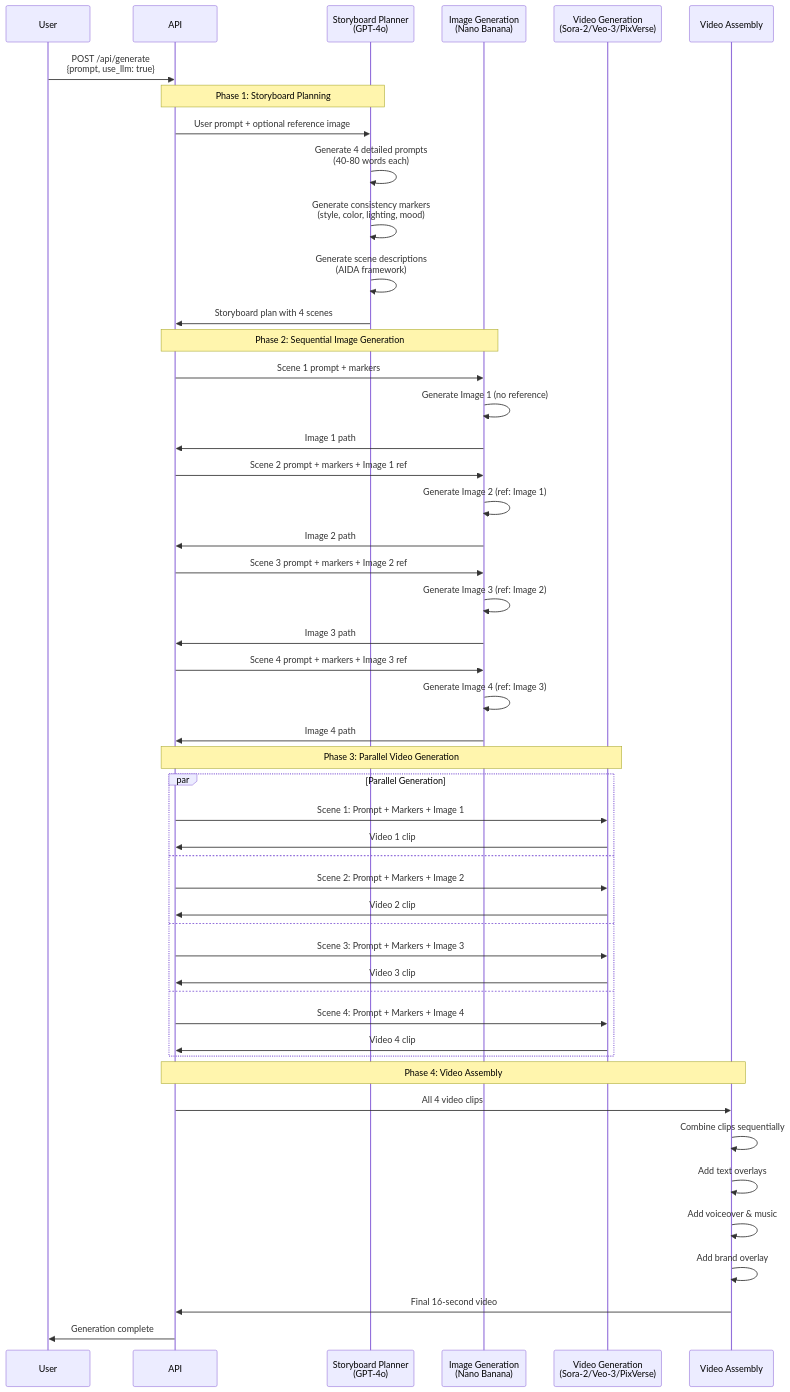
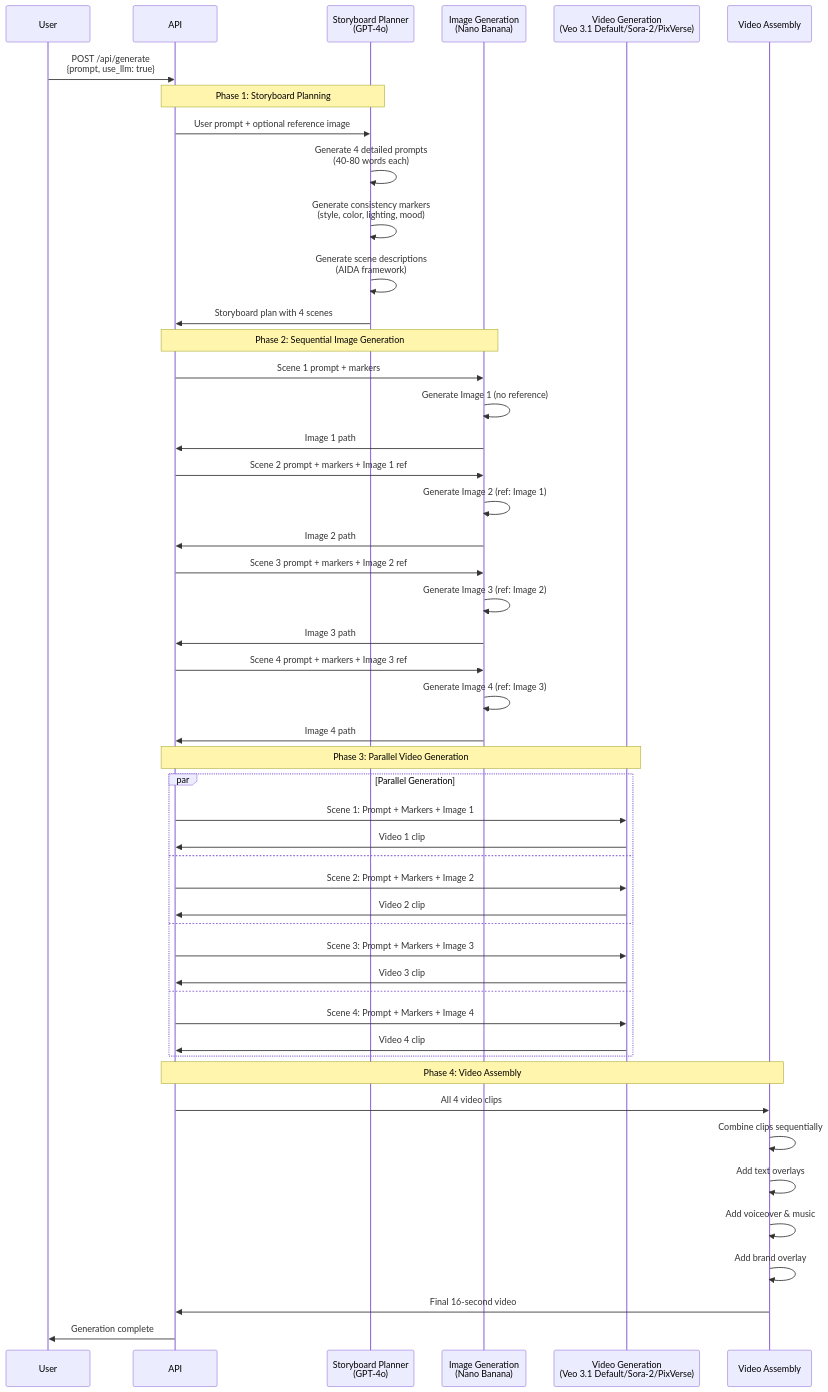
One commit to atharva-sardar02/ad-mint-ai changed the second of 5 diagrams in llm-enhancer-atharva/workflow-diagram.md. Above: the diagram before and after it, drawn with Mermaid. The commit also changed other lines of this file and 158 other files, not shown here.

````diff
--- a/llm-enhancer-atharva/workflow-diagram.md
+++ b/llm-enhancer-atharva/workflow-diagram.md
@@ -66,59 +67,59 @@
 ```mermaid
 sequenceDiagram
     participant User
     participant API
     participant StoryboardPlanner as Storyboard Planner<br/>(GPT-4o)
     participant ImageGen as Image Generation<br/>(Nano Banana)
-    participant VideoGen as Video Generation<br/>(Sora-2/Veo-3/PixVerse)
+    participant VideoGen as Video Generation<br/>(Veo 3.1 Default/Sora-2/PixVerse)
     participant Assembly as Video Assembly
     
     User->>API: POST /api/generate<br/>{prompt, use_llm: true}
     
     Note over API,StoryboardPlanner: Phase 1: Storyboard Planning
     API->>StoryboardPlanner: User prompt + optional reference image
     StoryboardPlanner->>StoryboardPlanner: Generate 4 detailed prompts<br/>(40-80 words each)
     StoryboardPlanner->>StoryboardPlanner: Generate consistency markers<br/>(style, color, lighting, mood)
     StoryboardPlanner->>StoryboardPlanner: Generate scene descriptions<br/>(AIDA framework)
     StoryboardPlanner->>API: Storyboard plan with 4 scenes
     
     Note over API,ImageGen: Phase 2: Sequential Image Generation
     API->>ImageGen: Scene 1 prompt + markers
     ImageGen->>ImageGen: Generate Image 1 (no reference)
     ImageGen->>API: Image 1 path
     
     API->>ImageGen: Scene 2 prompt + markers + Image 1 ref
     ImageGen->>ImageGen: Generate Image 2 (ref: Image 1)
     ImageGen->>API: Image 2 path
     
     API->>ImageGen: Scene 3 prompt + markers + Image 2 ref
     ImageGen->>ImageGen: Generate Image 3 (ref: Image 2)
     ImageGen->>API: Image 3 path
     
     API->>ImageGen: Scene 4 prompt + markers + Image 3 ref
     ImageGen->>ImageGen: Generate Image 4 (ref: Image 3)
     ImageGen->>API: Image 4 path
     
     Note over API,VideoGen: Phase 3: Parallel Video Generation
     par Parallel Generation
         API->>VideoGen: Scene 1: Prompt + Markers + Image 1
         VideoGen->>API: Video 1 clip
     and
         API->>VideoGen: Scene 2: Prompt + Markers + Image 2
         VideoGen->>API: Video 2 clip
     and
         API->>VideoGen: Scene 3: Prompt + Markers + Image 3
         VideoGen->>API: Video 3 clip
     and
         API->>VideoGen: Scene 4: Prompt + Markers + Image 4
         VideoGen->>API: Video 4 clip
     end
     
     Note over API,Assembly: Phase 4: Video Assembly
     API->>Assembly: All 4 video clips
     Assembly->>Assembly: Combine clips sequentially
     Assembly->>Assembly: Add text overlays
     Assembly->>Assembly: Add voiceover & music
     Assembly->>Assembly: Add brand overlay
     Assembly->>API: Final 16-second video
     API->>User: Generation complete
 ```
````
